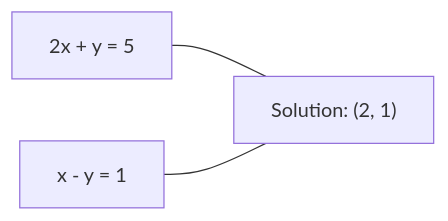
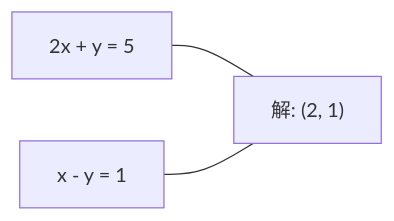
One commit to alessandrodinisio-ai/ai-engineering-learning-framework changed the first of 2 diagrams in phases/01-math-foundations/17-linear-systems/docs/zh.md. Above: the diagram before and after it, drawn with Mermaid. The commit also changed other lines of this file and 120 other files, not shown here.

First line of the commit message:
i18n(mermaid): 337 个 mermaid 图表标签中文化

````diff
--- a/phases/01-math-foundations/17-linear-systems/docs/zh.md
+++ b/phases/01-math-foundations/17-linear-systems/docs/zh.md
@@ -36,5 +36,5 @@
 ```mermaid
 graph LR
-    A["2x + y = 5"] --- S["Solution: (2, 1)"]
+    A["2x + y = 5"] --- S["解: (2, 1)"]
     B["x - y = 1"] --- S
 ```
````
